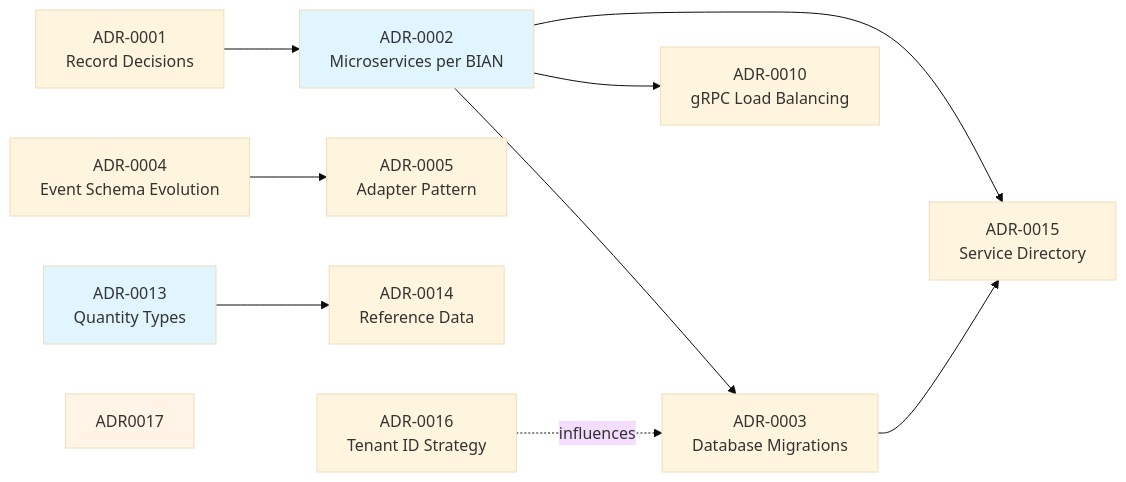
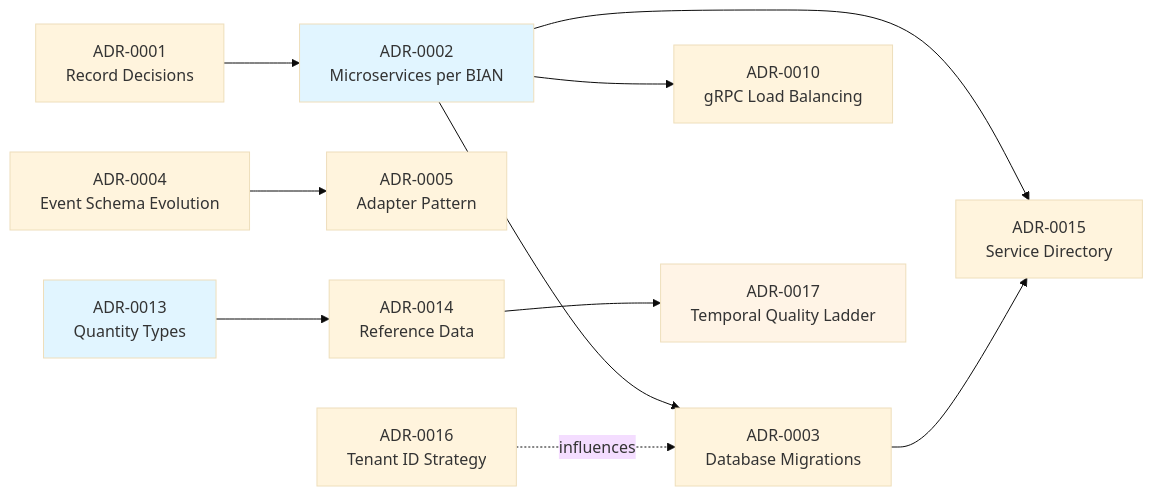
One commit to meridianhub/meridian changed the diagram in docs/adr/README.md. Above: the diagram before and after it, drawn with Mermaid (base theme).

Commit message:
fix: Add missing ADR-0017 node to architecture decision diagram
Addresses PR feedback - the Mermaid diagram was styling ADR-0017 but
the node was not defined in the graph. Added ADR-0017 (Temporal Quality
Ladder) with dependency from ADR-0014 (Reference Data).

````diff
--- a/docs/adr/README.md
+++ b/docs/adr/README.md
@@ -80,15 +80,16 @@
 ```mermaid
 graph LR
     ADR0001[ADR-0001<br/>Record Decisions] --> ADR0002[ADR-0002<br/>Microservices per BIAN]
     ADR0002 --> ADR0003[ADR-0003<br/>Database Migrations]
     ADR0002 --> ADR0015[ADR-0015<br/>Service Directory]
     ADR0002 --> ADR0010[ADR-0010<br/>gRPC Load Balancing]
     ADR0003 --> ADR0015
     ADR0004[ADR-0004<br/>Event Schema Evolution] --> ADR0005[ADR-0005<br/>Adapter Pattern]
     ADR0013[ADR-0013<br/>Quantity Types] --> ADR0014[ADR-0014<br/>Reference Data]
+    ADR0014 --> ADR0017[ADR-0017<br/>Temporal Quality Ladder]
     ADR0016[ADR-0016<br/>Tenant ID Strategy] -.influences.-> ADR0003
 
     style ADR0002 fill:#e1f5ff
     style ADR0013 fill:#e1f5ff
     style ADR0017 fill:#fff4e6
 ```
````
